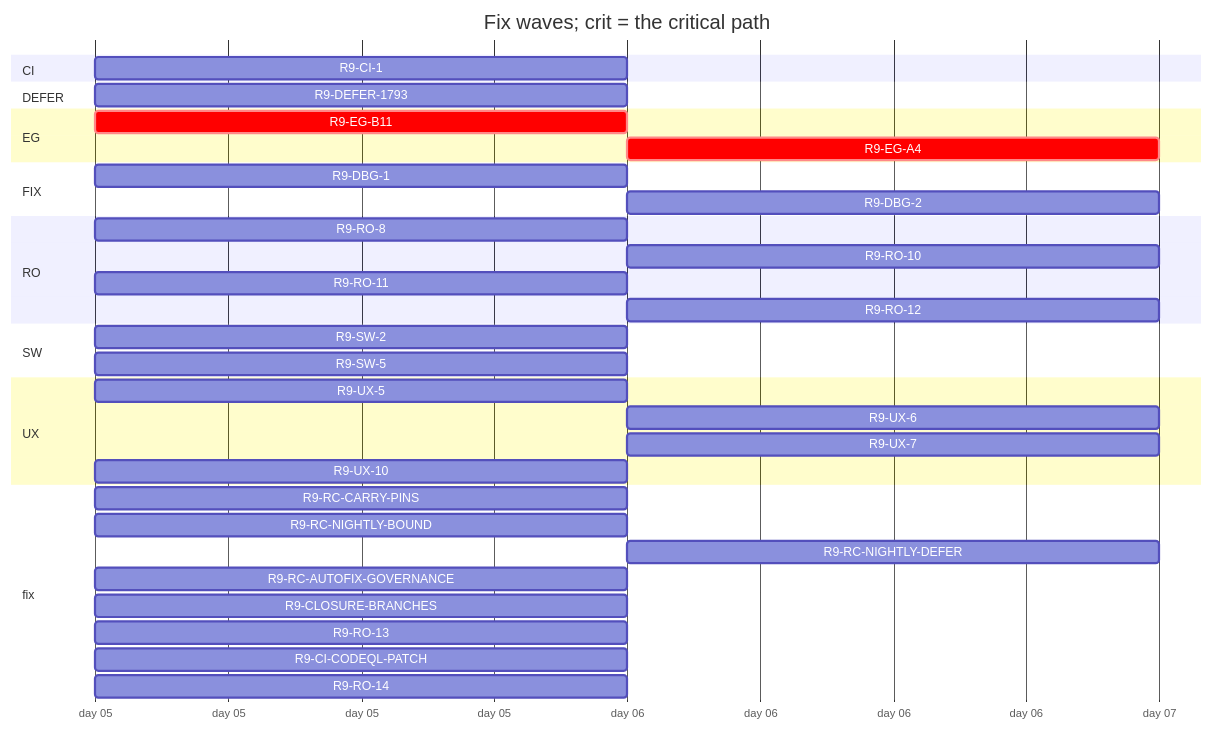
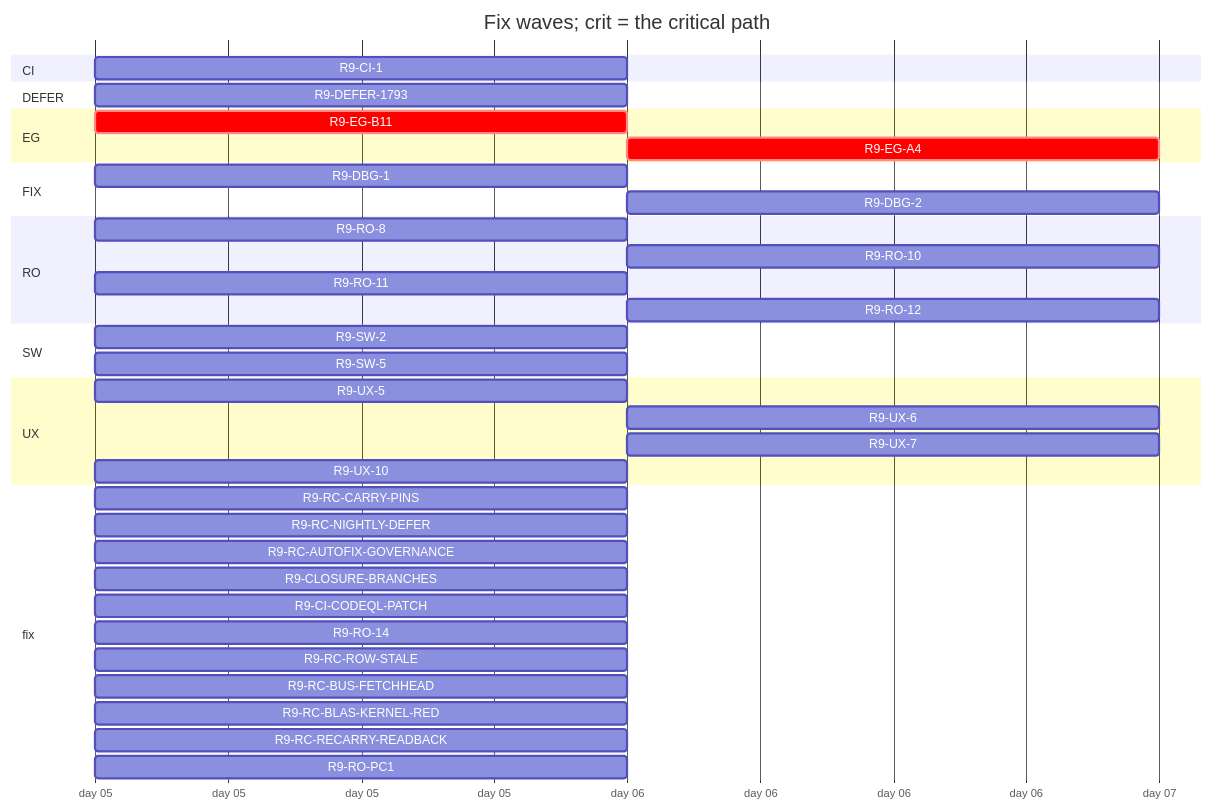
The diagram in handoff/round9/state/PLAN-TABLE.md (tvofi/heatpump_optimizer), drawn with Mermaid before and after one commit. The commit also changed other lines of this file and 2 other files, not shown here.

Commit message:
state: auto-beat after main a3b83b8ea45571dfa669b145f88f31d44fa58458

````diff
--- a/handoff/round9/state/PLAN-TABLE.md
+++ b/handoff/round9/state/PLAN-TABLE.md
@@ -21,38 +21,41 @@
 ```mermaid
 gantt
   title Fix waves; crit = the critical path
   dateFormat YYYY-MM-DD
   axisFormat day %d
   section CI
     R9-CI-1 :r9CI1, 2026-01-05, 1d
   section DEFER
     R9-DEFER-1793 :r9DEFER1793, 2026-01-05, 1d
   section EG
     R9-EG-B11 :crit, r9EGB11, 2026-01-05, 1d
     R9-EG-A4 :crit, r9EGA4, after r9EGB11, 1d
   section FIX
     R9-DBG-1 :r9DBG1, 2026-01-05, 1d
     R9-DBG-2 :r9DBG2, after r9DBG1, 1d
   section RO
     R9-RO-8 :r9RO8, 2026-01-05, 1d
     R9-RO-10 :r9RO10, after r9RO8, 1d
     R9-RO-11 :r9RO11, 2026-01-05, 1d
     R9-RO-12 :r9RO12, after r9CI1, 1d
   section SW
     R9-SW-2 :r9SW2, 2026-01-05, 1d
     R9-SW-5 :r9SW5, 2026-01-05, 1d
   section UX
     R9-UX-5 :r9UX5, 2026-01-05, 1d
     R9-UX-6 :r9UX6, after r9EGB11 r9UX5, 1d
     R9-UX-7 :r9UX7, after r9EGB11 r9UX5, 1d
     R9-UX-10 :r9UX10, 2026-01-05, 1d
   section fix
     R9-RC-CARRY-PINS :r9RCCARRYPINS, 2026-01-05, 1d
-    R9-RC-NIGHTLY-BOUND :r9RCNIGHTLYBOUND, 2026-01-05, 1d
-    R9-RC-NIGHTLY-DEFER :r9RCNIGHTLYDEFER, after r9RCNIGHTLYBOUND, 1d
+    R9-RC-NIGHTLY-DEFER :r9RCNIGHTLYDEFER, 2026-01-05, 1d
     R9-RC-AUTOFIX-GOVERNANCE :r9RCAUTOFIXGOVERNANCE, 2026-01-05, 1d
     R9-CLOSURE-BRANCHES :r9CLOSUREBRANCHES, 2026-01-05, 1d
-    R9-RO-13 :r9RO13, 2026-01-05, 1d
     R9-CI-CODEQL-PATCH :r9CICODEQLPATCH, 2026-01-05, 1d
     R9-RO-14 :r9RO14, 2026-01-05, 1d
+    R9-RC-ROW-STALE :r9RCROWSTALE, 2026-01-05, 1d
+    R9-RC-BUS-FETCHHEAD :r9RCBUSFETCHHEAD, 2026-01-05, 1d
+    R9-RC-BLAS-KERNEL-RED :r9RCBLASKERNELRED, 2026-01-05, 1d
+    R9-RC-RECARRY-READBACK :r9RCRECARRYREADBACK, 2026-01-05, 1d
+    R9-RO-PC1 :r9ROPC1, 2026-01-05, 1d
 ```
````
